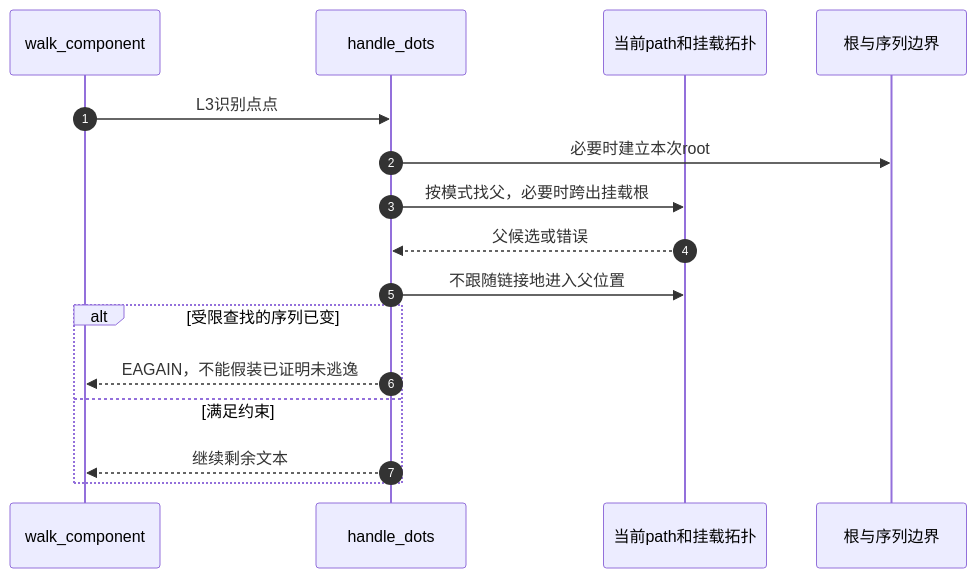
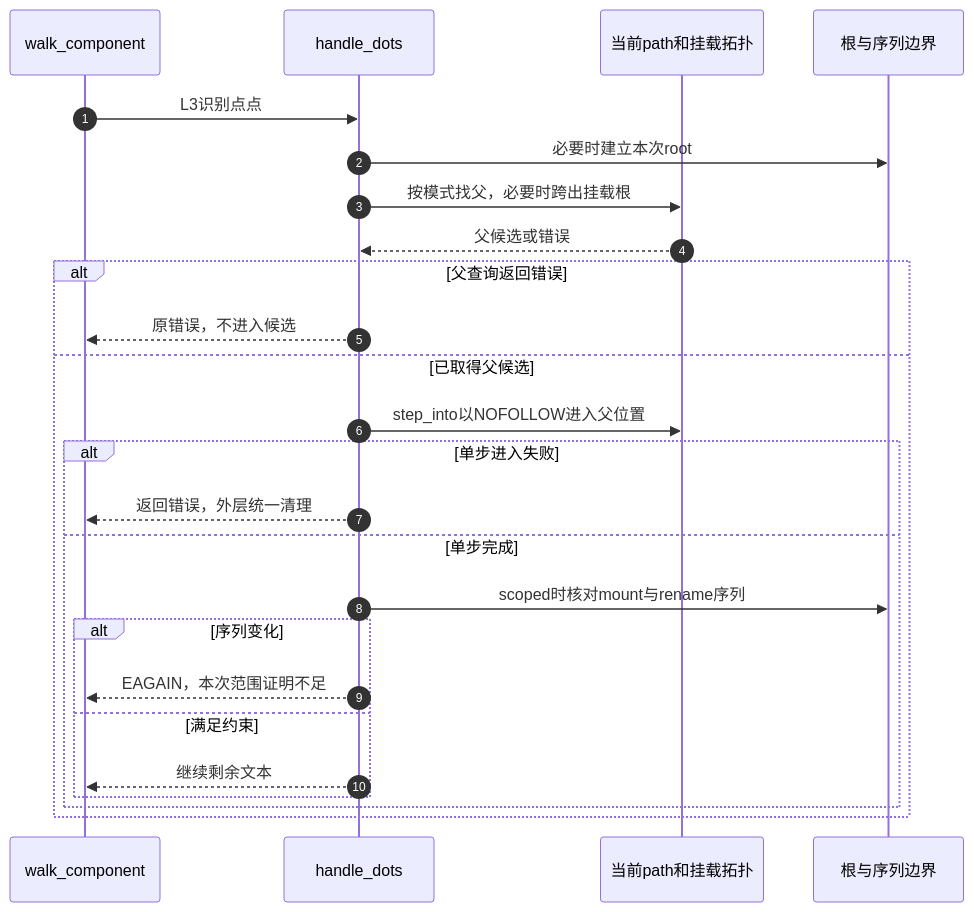
The third of 3 diagrams in research/source_reading/vfs/source_explanations/P14_前导分量与单步位置推进.md (FormingSystem/linux_note), drawn with Mermaid before and after one commit. The commit also changed other lines of this file and 5 other files, not shown here.

````diff
--- a/research/source_reading/vfs/source_explanations/P14_前导分量与单步位置推进.md
+++ b/research/source_reading/vfs/source_explanations/P14_前导分量与单步位置推进.md
@@ -316,18 +382,27 @@
 ```mermaid
 sequenceDiagram
     autonumber
     participant W as walk_component
     participant D as handle_dots
     participant T as 当前path和挂载拓扑
     participant B as 根与序列边界
     W->>D: L3识别点点
     D->>B: 必要时建立本次root
     D->>T: 按模式找父，必要时跨出挂载根
     T-->>D: 父候选或错误
-    D->>T: 不跟随链接地进入父位置
-    alt 受限查找的序列已变
-        D-->>W: EAGAIN，不能假装已证明未逃逸
-    else 满足约束
-        D-->>W: 继续剩余文本
+    alt 父查询返回错误
+        D-->>W: 原错误，不进入候选
+    else 已取得父候选
+        D->>T: step_into以NOFOLLOW进入父位置
+        alt 单步进入失败
+            D-->>W: 返回错误，外层统一清理
+        else 单步完成
+            D->>B: scoped时核对mount与rename序列
+            alt 序列变化
+                D-->>W: EAGAIN，本次范围证明不足
+            else 满足约束
+                D-->>W: 继续剩余文本
+            end
+        end
     end
 ```
````
